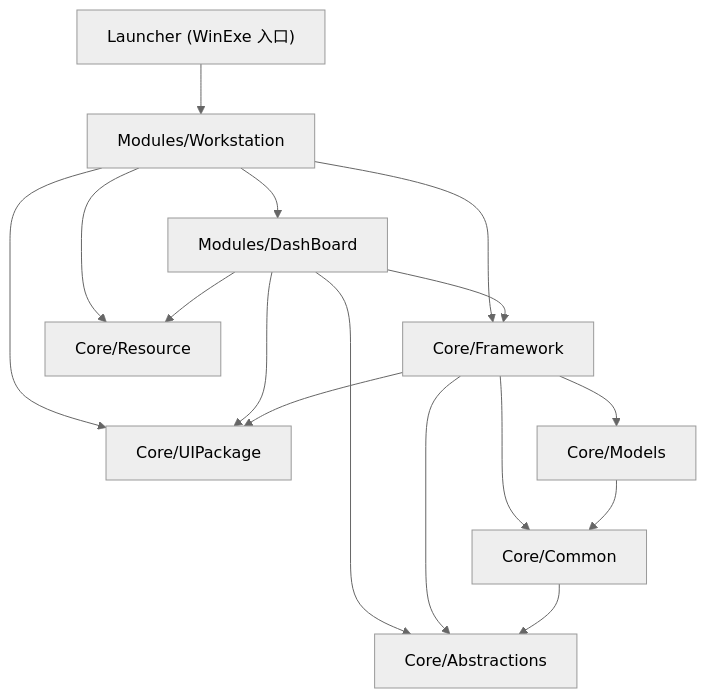
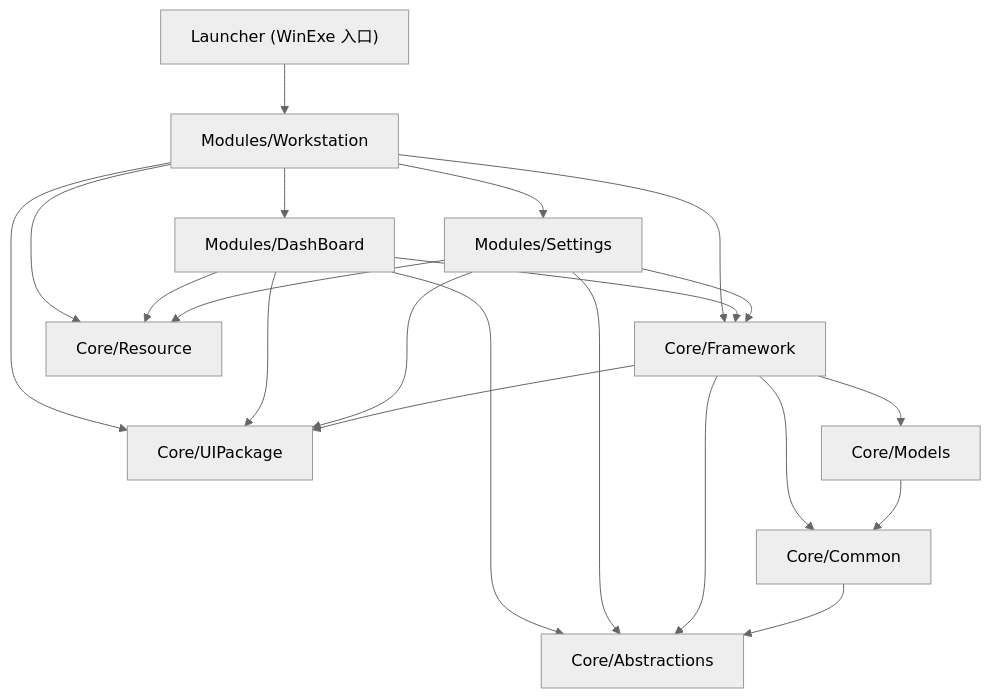
Before and after one commit to Ailurus-2233/Digital.Workstation: the diagram in docs/analysis/README.md, drawn with Mermaid (neutral theme). The commit also changed other lines of this file and 46 other files, not shown here.

````diff
--- a/docs/analysis/README.md
+++ b/docs/analysis/README.md
@@ -49,18 +50,23 @@
 ```mermaid
 graph TD
   Launcher["Launcher (WinExe 入口)"] --> WS["Modules/Workstation"]
   WS --> FW["Core/Framework"]
   WS --> Res["Core/Resource"]
   WS --> UIP["Core/UIPackage"]
   WS --> DB["Modules/DashBoard"]
+  WS --> ST["Modules/Settings"]
   DB --> Abs["Core/Abstractions"]
   DB --> FW
   DB --> Res
   DB --> UIP
+  ST --> Abs
+  ST --> FW
+  ST --> Res
+  ST --> UIP
   FW --> Abs
   FW --> Com["Core/Common"]
   FW --> Mod["Core/Models"]
   FW --> UIP
   Mod --> Com
   Com --> Abs
 ```
````
